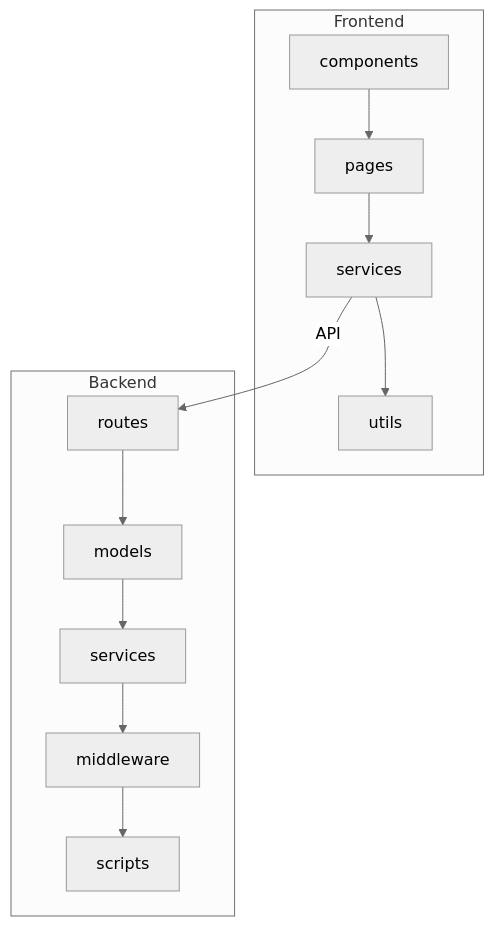
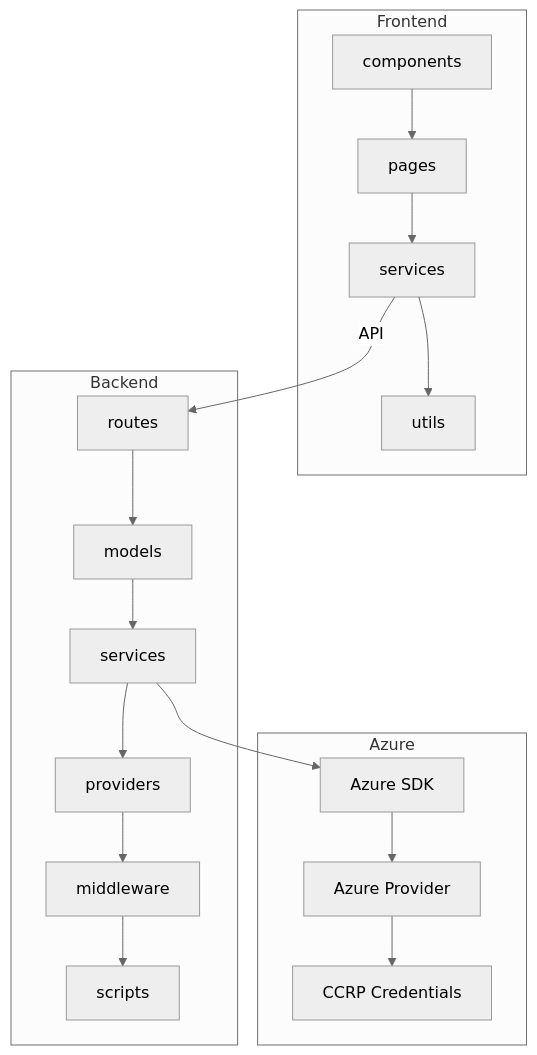
Before and after one commit to gitmujoshi/Confidential-AI-Network: the fourth of 12 diagrams in UML_4PLUS1_ARCHITECTURE_DOCUMENTATION.md, drawn with Mermaid (neutral theme). The commit also changed other lines of this file and 2 other files, not shown here.

First line of the commit message:
docs: Update architecture documentation with Azure integration features

````diff
--- a/UML_4PLUS1_ARCHITECTURE_DOCUMENTATION.md
+++ b/UML_4PLUS1_ARCHITECTURE_DOCUMENTATION.md
@@ -299,24 +358,34 @@
 ```mermaid
 graph TD
     subgraph Frontend
       F1[components]
       F2[pages]
       F3[services]
       F4[utils]
     end
     subgraph Backend
       B1[routes]
       B2[models]
       B3[services]
-      B4[middleware]
-      B5[scripts]
+      B4[providers]
+      B5[middleware]
+      B6[scripts]
+    end
+    subgraph Azure
+      A1[Azure SDK]
+      A2[Azure Provider]
+      A3[CCRP Credentials]
     end
     F1 --> F2
     F2 --> F3
     F3 --> F4
     B1 --> B2
     B2 --> B3
     B3 --> B4
     B4 --> B5
+    B5 --> B6
     F3 -- API --> B1
+    B3 --> A1
+    A1 --> A2
+    A2 --> A3
 ```
````
